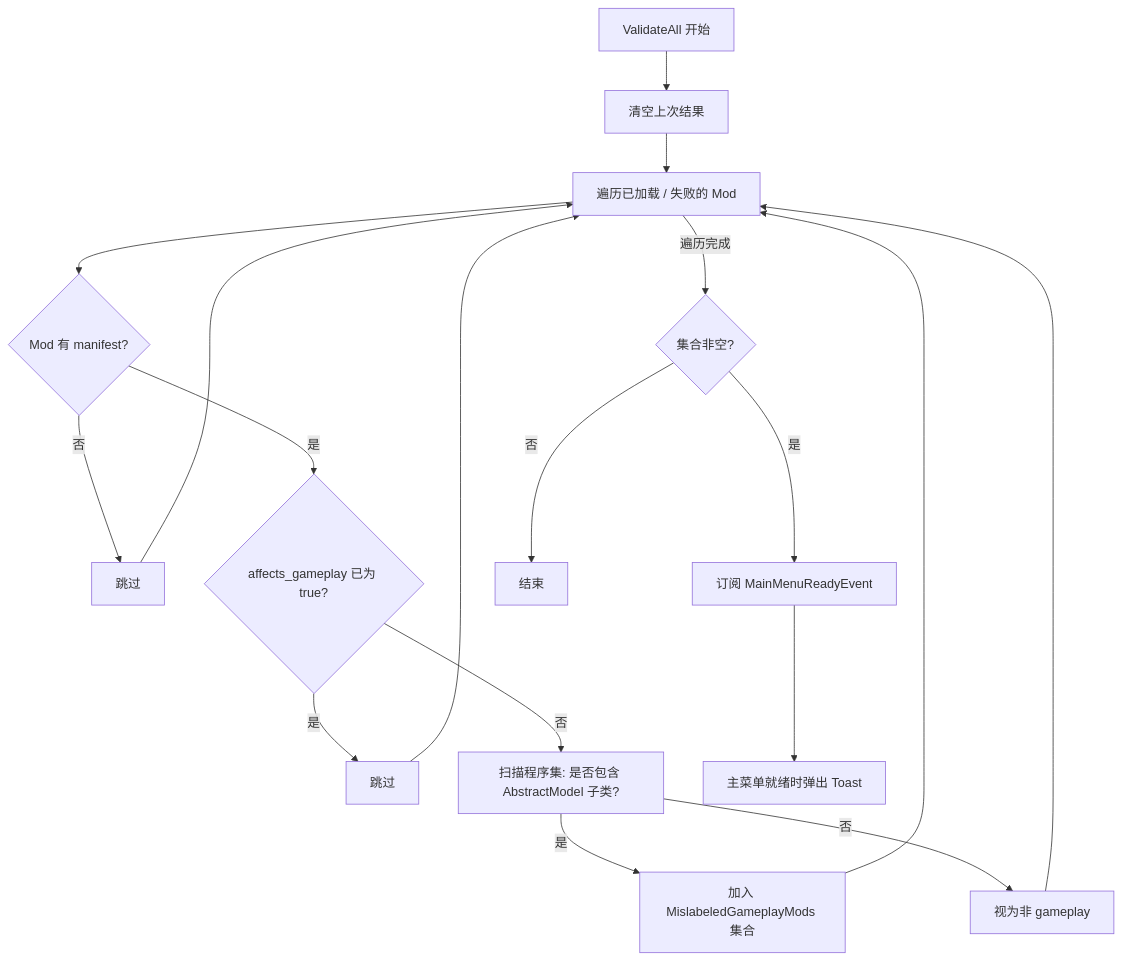
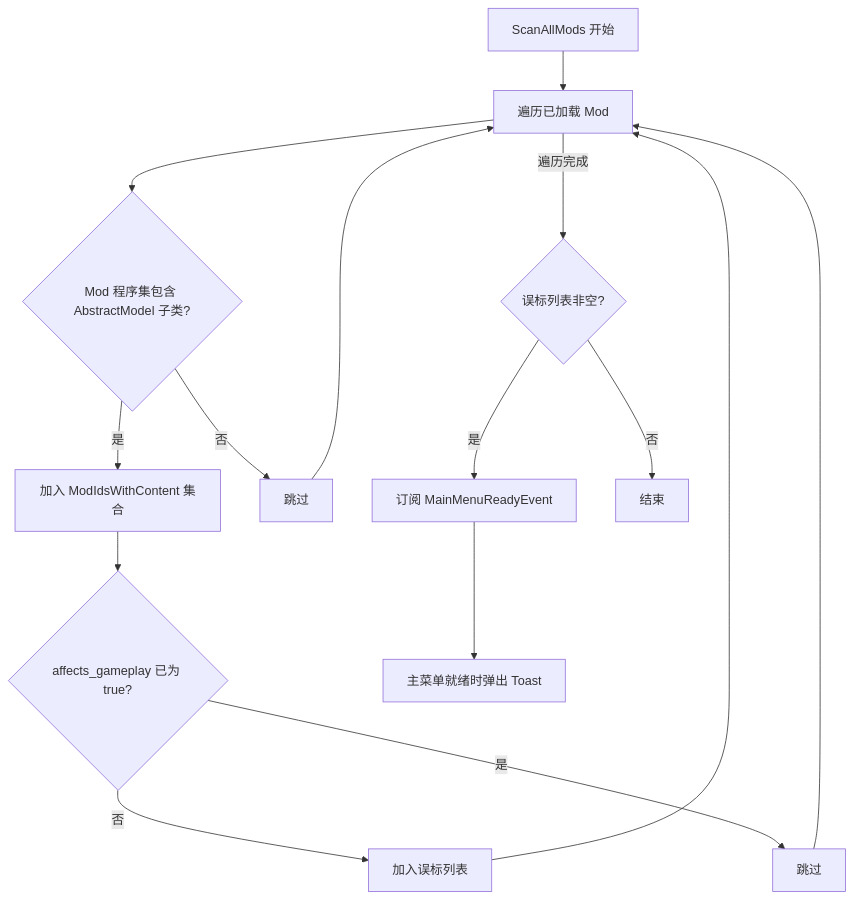
The second of 2 diagrams in README.md (xiting910/RespectAffectsGameplay), drawn with Mermaid before and after one commit. The commit also changed other lines of this file and 20 other files, not shown here.

````diff
--- a/README.md
+++ b/README.md
@@ -194,20 +204,17 @@
 ```mermaid
 flowchart TD
-    A[ValidateAll 开始] --> B[清空上次结果]
-    B --> C[遍历已加载 / 失败的 Mod]
-    C --> D{Mod 有 manifest?}
-    D -->|否| E[跳过]
-    D -->|是| F{affects_gameplay 已为 true?}
-    F -->|是| G[跳过]
-    F -->|否| H[扫描程序集: 是否包含 AbstractModel 子类?]
-    H -->|是| I[加入 MislabeledGameplayMods 集合]
-    H -->|否| J[视为非 gameplay]
-    I --> C
-    J --> C
-    G --> C
-    E --> C
-    C -->|遍历完成| K{集合非空?}
-    K -->|是| L[订阅 MainMenuReadyEvent]
-    K -->|否| M[结束]
-    L --> N[主菜单就绪时弹出 Toast]
+    A[ScanAllMods 开始] --> B[遍历已加载 Mod]
+    B --> C{Mod 程序集包含 AbstractModel 子类?}
+    C -->|是| D[加入 ModIdsWithContent 集合]
+    C -->|否| E[跳过]
+    D --> F{affects_gameplay 已为 true?}
+    F -->|否| G[加入误标列表]
+    F -->|是| H[跳过]
+    G --> B
+    H --> B
+    E --> B
+    B -->|遍历完成| I{误标列表非空?}
+    I -->|是| J[订阅 MainMenuReadyEvent]
+    I -->|否| K[结束]
+    J --> L[主菜单就绪时弹出 Toast]
 ```
````
